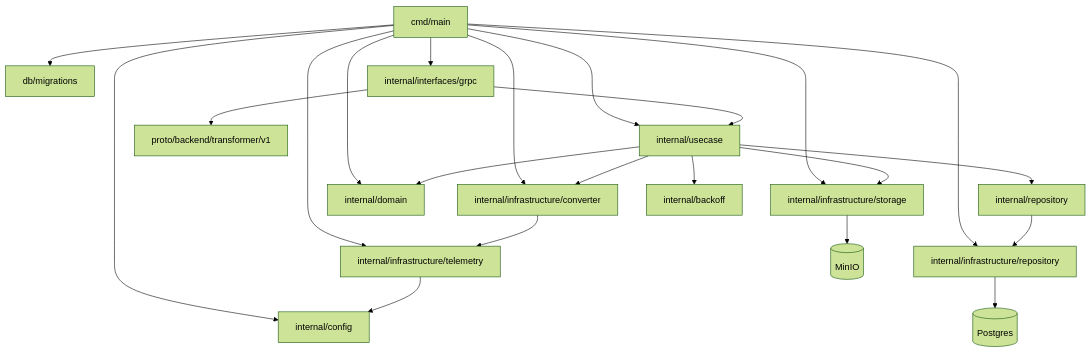
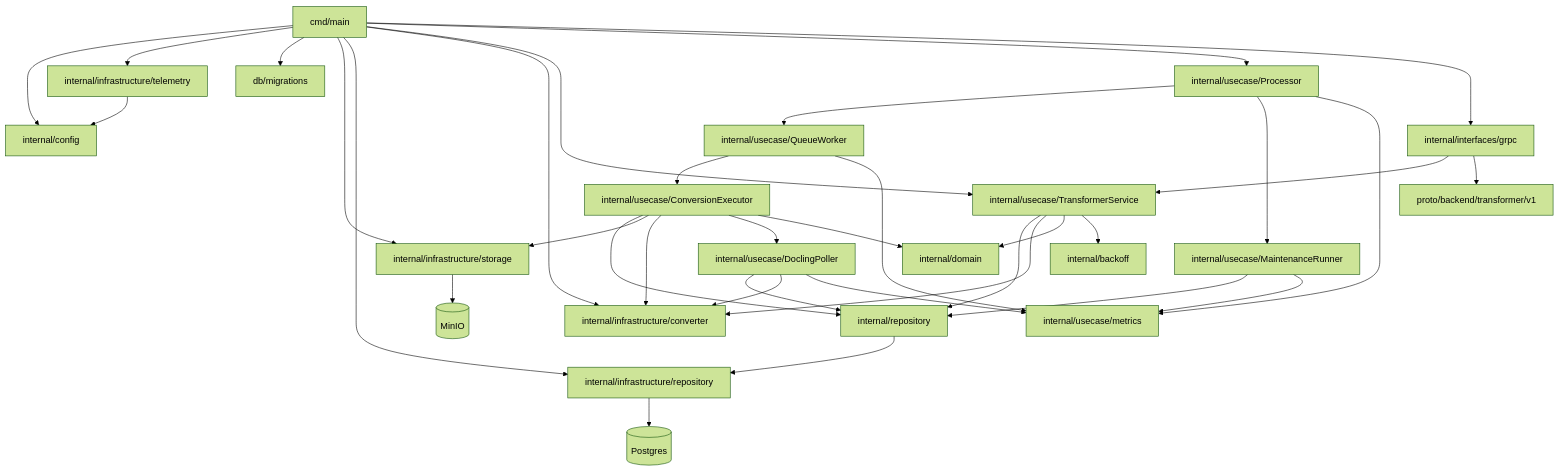
Before and after one commit to FedorovTeam/mono-repo: the diagram in backend/docling-transformer-service/code.md, drawn with Mermaid (forest theme). The commit also changed other lines of this file, not shown here.

Commit message:
Update docling transformer code diagram

````diff
--- a/backend/docling-transformer-service/code.md
+++ b/backend/docling-transformer-service/code.md
@@ -3,24 +3,44 @@
 ```mermaid
 graph TD
     main[cmd/main] --> cfg[internal/config]
     main --> telemetry[internal/infrastructure/telemetry]
     main --> migrations[db/migrations]
     main --> storage[internal/infrastructure/storage]
     main --> repoImpl[internal/infrastructure/repository]
     main --> converter[internal/infrastructure/converter]
-    main --> usecases[internal/usecase]
+    main --> transformerUC[internal/usecase/TransformerService]
+    main --> processor[internal/usecase/Processor]
     main --> grpc[internal/interfaces/grpc]
-    main --> domain[internal/domain]
-    usecases --> repoIface[internal/repository]
-    repoIface --> repoImpl
+    repoIface[internal/repository] --> repoImpl
     repoImpl --> postgres[(Postgres)]
-    usecases --> storage
     storage --> minio[(MinIO)]
-    usecases --> converter
-    converter --> telemetry
-    usecases --> backoff[internal/backoff]
-    usecases --> domain
-    grpc --> usecases
+
+    grpc --> transformerUC
     grpc --> proto[proto/backend/transformer/v1]
+
+    transformerUC --> repoIface
+    transformerUC --> converter
+    transformerUC --> domain[internal/domain]
+    transformerUC --> backoff[internal/backoff]
+
+    processor --> queueWorker[internal/usecase/QueueWorker]
+    processor --> maintenance[internal/usecase/MaintenanceRunner]
+    processor --> metrics[internal/usecase/metrics]
+
+    queueWorker --> executor[internal/usecase/ConversionExecutor]
+    queueWorker --> metrics
+    executor --> repoIface
+    executor --> storage
+    executor --> converter
+    executor --> poller[internal/usecase/DoclingPoller]
+    executor --> domain
+
+    poller --> repoIface
+    poller --> converter
+    poller --> metrics
+
+    maintenance --> repoIface
+    maintenance --> metrics
+
     telemetry --> cfg
 ```
````
